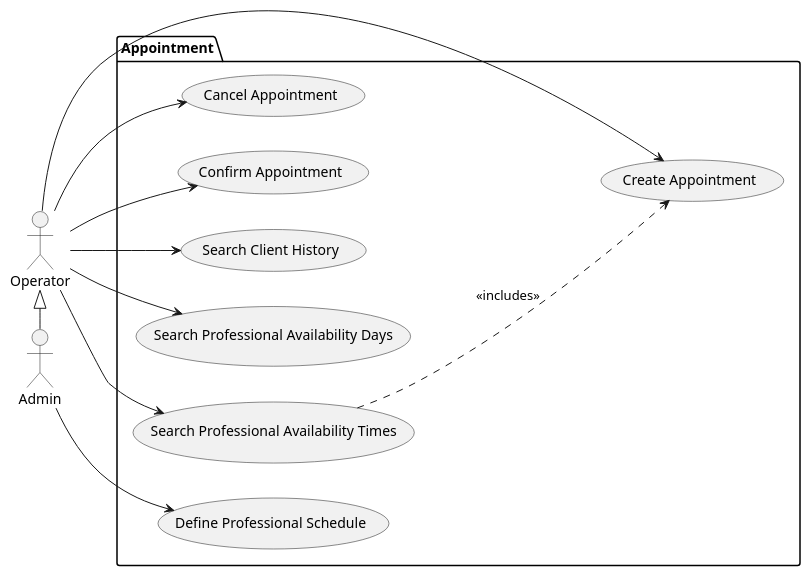
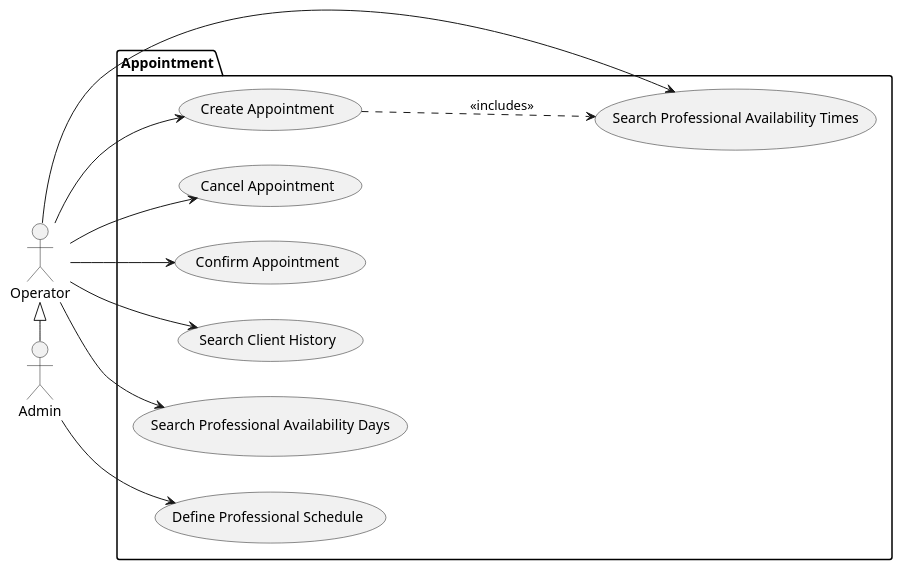
Before and after one commit to bootcampfullstack/appointment-conception: the diagram in docs/use_cases.puml, drawn with PlantUML. The commit also changed 1 other file, not shown here.

Commit message:
Fixed Use Case Diagram

```diff
--- a/docs/use_cases.puml
+++ b/docs/use_cases.puml
@@ -1,28 +1,28 @@
 @startuml "use_cases"
 left to right direction
 
 actor Operator as o
 actor Admin as a 
 
 package Appointment {
     usecase "Create Appointment" as UC1
     usecase "Cancel Appointment" as UC2
     usecase "Confirm Appointment" as UC3
     usecase "Define Professional Schedule" as UC4
     usecase "Search Client History" as UC5
     usecase "Search Professional Availability Days" as UC6
     usecase "Search Professional Availability Times" as UC7
 }
 
 o <|-right- a
 
 o --> UC1
 o --> UC2
 o --> UC3
 o --> UC5
 o --> UC6
 o --> UC7
 a --> UC4
-(UC7) ...> (UC1) : <<includes>>
+(UC1) ...> (UC7) : <<includes>>
 
 @enduml 
```
